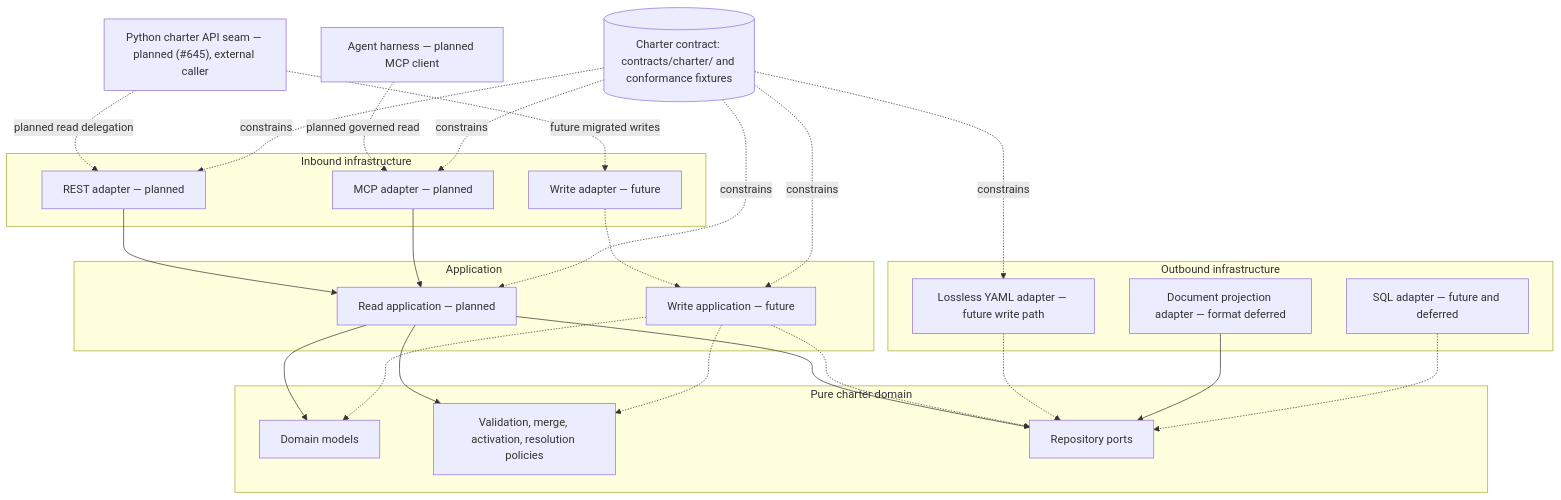
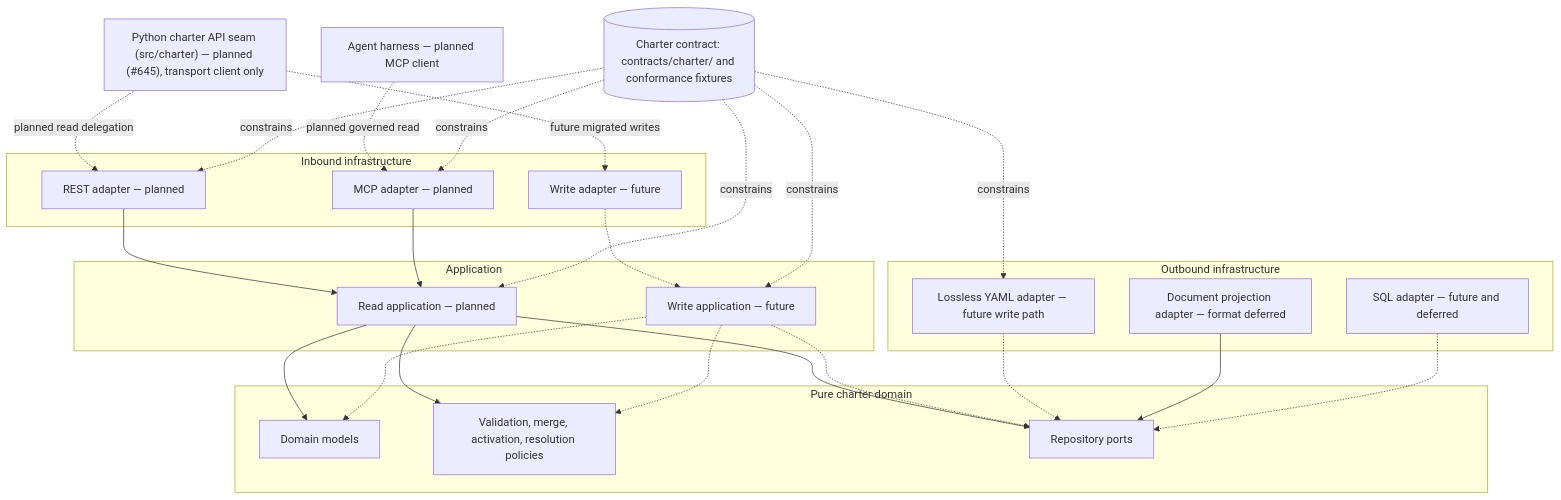
One commit to spec-kitty/spec-kitty changed the second of 7 diagrams in docs/architecture/diagrams/03_components/README.md. Above: the diagram before and after it, drawn with Mermaid. The commit also changed other lines of this file and 2 other files, not shown here.

Commit message:
docs(landing): place the charter seam in the charter layer

````diff
--- a/docs/architecture/diagrams/03_components/README.md
+++ b/docs/architecture/diagrams/03_components/README.md
@@ -119,51 +119,51 @@
 ```mermaid
 flowchart TB
-    python["Python charter API seam — planned (#645), external caller"]
+    python["Python charter API seam (src/charter) — planned (#645), transport client only"]
     agent["Agent harness — planned MCP client"]
 
     subgraph Inbound["Inbound infrastructure"]
       rest["REST adapter — planned"]
       mcp["MCP adapter — planned"]
       writeApi["Write adapter — future"]
     end
 
     subgraph Application["Application"]
       readApp["Read application — planned"]
       writeApp["Write application — future"]
     end
 
     subgraph Domain["Pure charter domain"]
       models["Domain models"]
       policies["Validation, merge, activation, resolution policies"]
       ports["Repository ports"]
     end
 
     subgraph Outbound["Outbound infrastructure"]
       yaml["Lossless YAML adapter — future write path"]
       document["Document projection adapter — format deferred"]
       sql["SQL adapter — future and deferred"]
     end
 
     schemas[("Charter contract: contracts/charter/ and conformance fixtures")]
 
     python -.->|planned read delegation| rest
     python -.->|future migrated writes| writeApi
     agent -.->|planned governed read| mcp
     rest --> readApp
     mcp --> readApp
     writeApi -.-> writeApp
     readApp --> models
     readApp --> policies
     readApp --> ports
     writeApp -.-> models
     writeApp -.-> policies
     writeApp -.-> ports
     yaml -.-> ports
     document --> ports
     sql -.-> ports
     schemas -.->|constrains| rest
     schemas -.->|constrains| mcp
     schemas -.->|constrains| readApp
     schemas -.->|constrains| writeApp
     schemas -.->|constrains| yaml
 ```
````
